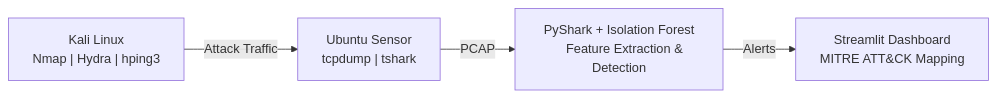
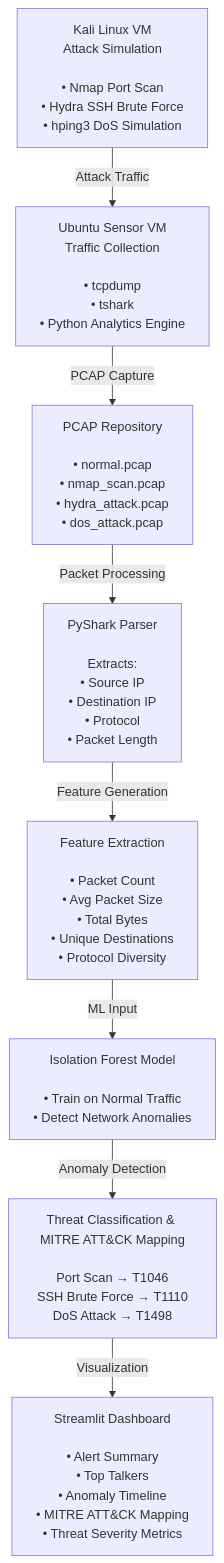
Before and after one commit to NimishChalkar/ai-network-traffic-analyzer: the diagram in README.md, drawn with Mermaid. The commit also changed other lines of this file, not shown here.

````diff
--- a/README.md
+++ b/README.md
@@ -5,19 +9,27 @@
 ```mermaid
-flowchart LR
+flowchart TD
 
-    A["Kali Linux
-    Nmap | Hydra | hping3"]
+    A["Kali Linux VM<br>Attack Simulation<br><br>• Nmap Port Scan<br>• Hydra SSH Brute Force<br>• hping3 DoS Simulation"]
 
-    B["Ubuntu Sensor
-    tcpdump | tshark"]
+    B["Ubuntu Sensor VM<br>Traffic Collection<br><br>• tcpdump<br>• tshark<br>• Python Analytics Engine"]
 
-    C["PyShark + Isolation Forest
-    Feature Extraction & Detection"]
+    C["PCAP Repository<br><br>• normal.pcap<br>• nmap_scan.pcap<br>• hydra_attack.pcap<br>• dos_attack.pcap"]
 
-    D["Streamlit Dashboard
-    MITRE ATT&CK Mapping"]
+    D["PyShark Parser<br><br>Extracts:<br>• Source IP<br>• Destination IP<br>• Protocol<br>• Packet Length"]
+
+    E["Feature Extraction<br><br>• Packet Count<br>• Avg Packet Size<br>• Total Bytes<br>• Unique Destinations<br>• Protocol Diversity"]
+
+    F["Isolation Forest Model<br><br>• Train on Normal Traffic<br>• Detect Network Anomalies"]
+
+    G["Threat Classification & MITRE ATT&CK Mapping<br><br>Port Scan → T1046<br>SSH Brute Force → T1110<br>DoS Attack → T1498"]
+
+    H["Streamlit Dashboard<br><br>• Alert Summary<br>• Top Talkers<br>• Anomaly Timeline<br>• MITRE ATT&CK Mapping<br>• Threat Severity Metrics"]
 
     A -->|Attack Traffic| B
-    B -->|PCAP| C
-    C -->|Alerts| D
+    B -->|PCAP Capture| C
+    C -->|Packet Processing| D
+    D -->|Feature Generation| E
+    E -->|ML Input| F
+    F -->|Anomaly Detection| G
+    G -->|Visualization| H
 ```
````
